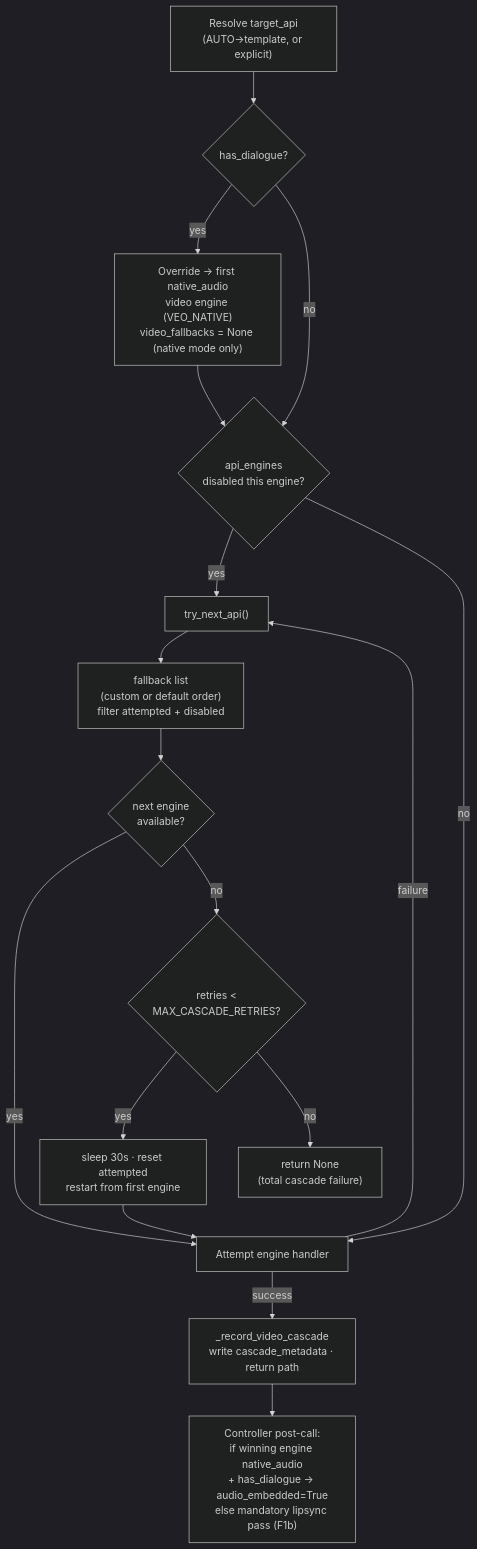
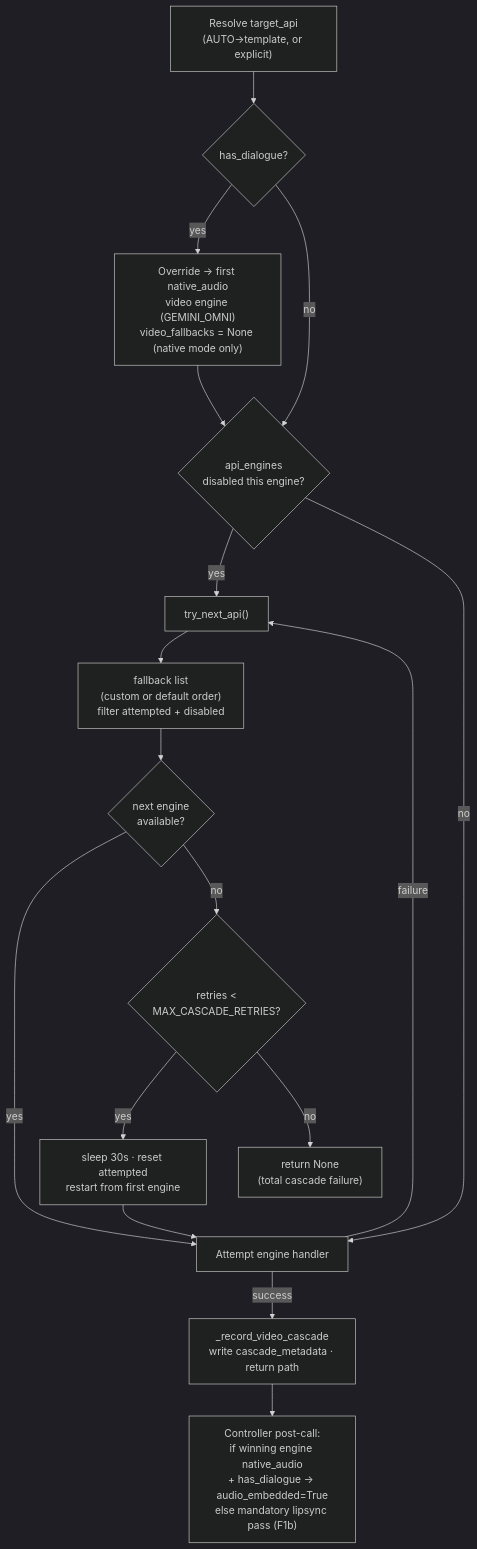
Before and after one commit to hkk009008-svg/content: the ninth of 12 diagrams in docs/PROGRAM-MANUAL.md, drawn with Mermaid (dark theme). The commit also changed other lines of this file, not shown here.

````diff
--- a/docs/PROGRAM-MANUAL.md
+++ b/docs/PROGRAM-MANUAL.md
@@ -1443,19 +1444,19 @@
 ```mermaid
 flowchart TD
     R["Resolve target_api<br/>(AUTO→template, or explicit)"] --> DLG{has_dialogue?}
-    DLG -- yes --> OV["Override → first native_audio<br/>video engine (VEO_NATIVE)<br/>video_fallbacks = None (native mode only)"]
+    DLG -- yes --> OV["Override → first native_audio<br/>video engine (GEMINI_OMNI)<br/>video_fallbacks = None (native mode only)"]
     DLG -- no --> DIS
     OV --> DIS{api_engines<br/>disabled this engine?}
     DIS -- yes --> TNA
     DIS -- no --> ATT["Attempt engine handler"]
     ATT -- success --> REC["_record_video_cascade<br/>write cascade_metadata · return path"]
     ATT -- failure --> TNA["try_next_api()"]
     TNA --> LST["fallback list<br/>(custom or default order)<br/>filter attempted + disabled"]
     LST --> NEXT{next engine<br/>available?}
     NEXT -- yes --> ATT
     NEXT -- no --> RETRY{retries <<br/>MAX_CASCADE_RETRIES?}
     RETRY -- yes --> SLEEP["sleep 30s · reset attempted<br/>restart from first engine"]
     SLEEP --> ATT
     RETRY -- no --> NONE["return None<br/>(total cascade failure)"]
     REC --> POST["Controller post-call:<br/>if winning engine native_audio<br/>+ has_dialogue → audio_embedded=True<br/>else mandatory lipsync pass (F1b)"]
 ```
````
